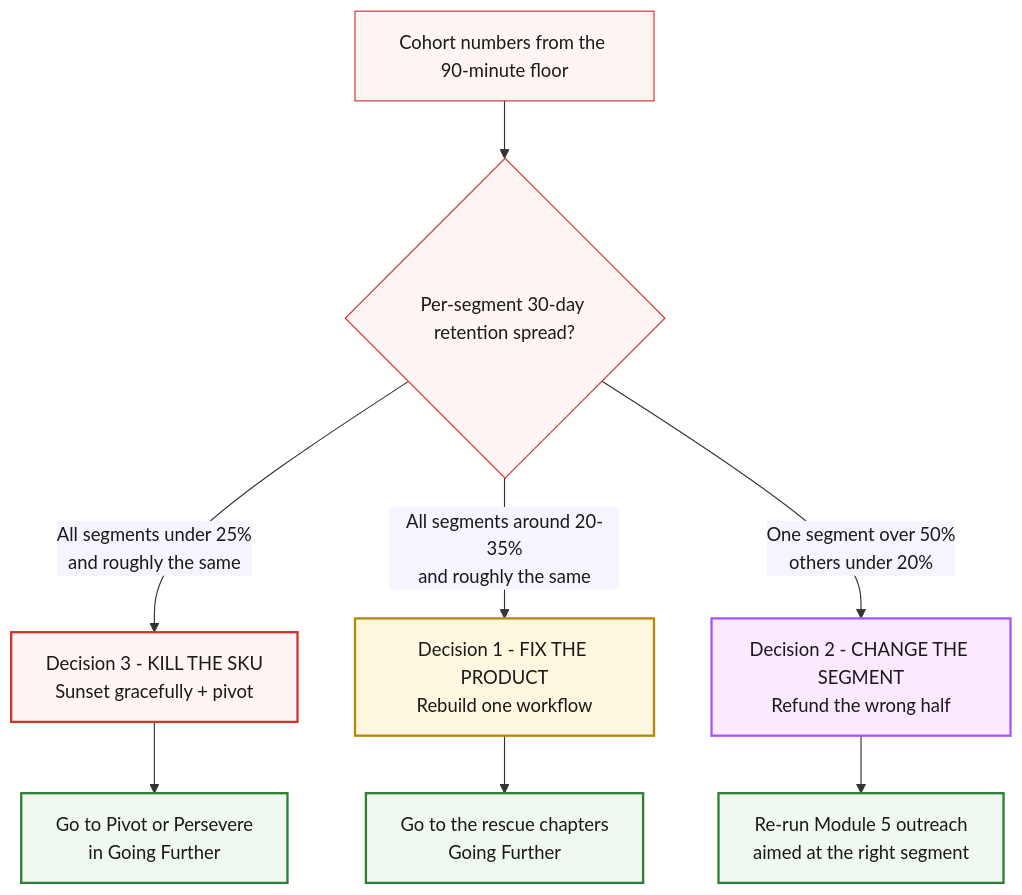
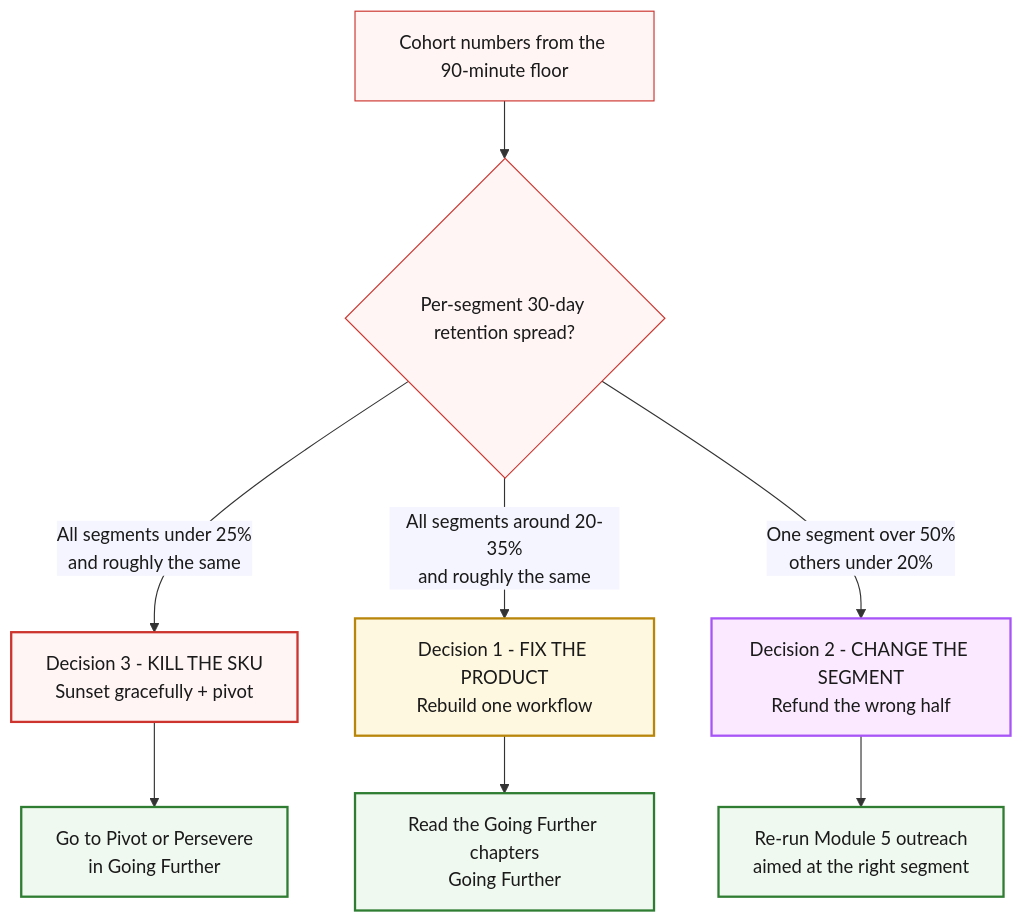
Before and after one commit to jetthoughts/jetthoughts.github.io: the diagram in content/course/tech-for-non-technical-founders-2026/customers-leaving-churn-triage-not-acquisition/index.md, drawn with Mermaid. The commit also changed other lines of this file and 8 other files, not shown here.

````diff
--- a/content/course/tech-for-non-technical-founders-2026/customers-leaving-churn-triage-not-acquisition/index.md
+++ b/content/course/tech-for-non-technical-founders-2026/customers-leaving-churn-triage-not-acquisition/index.md
@@ -112,20 +114,20 @@
 ```mermaid
 %%{init: {'theme':'base', 'themeVariables': {'fontFamily':'Caveat, Patrick Hand, cursive', 'primaryColor':'#fff5f5', 'primaryBorderColor':'#cc342d', 'lineColor':'#333', 'primaryTextColor':'#1a1a1a'}}}%%
 flowchart TD
     A[Cohort numbers from the 90-minute floor] --> B{Per-segment 30-day retention spread?}
     B -->|All segments under 25%<br/>and roughly the same| C[Decision 3 - KILL THE SKU<br/>Sunset gracefully + pivot]
     B -->|All segments around 20-35%<br/>and roughly the same| D[Decision 1 - FIX THE PRODUCT<br/>Rebuild one workflow]
     B -->|One segment over 50%<br/>others under 20%| E[Decision 2 - CHANGE THE SEGMENT<br/>Refund the wrong half]
     C --> CK[Go to Pivot or Persevere<br/>in Going Further]
-    D --> DK[Go to the rescue chapters<br/>Going Further]
+    D --> DK[Read the Going Further chapters<br/>Going Further]
     E --> EK[Re-run Module 5 outreach<br/>aimed at the right segment]
 
     classDef redbox fill:#fff5f5,stroke:#cc342d,stroke-width:2px;
     classDef yellowbox fill:#fff8e0,stroke:#b8860b,stroke-width:2px;
     classDef purplebox fill:#fbe9ff,stroke:#a855f7,stroke-width:2px;
     classDef greenbox fill:#f0f9f0,stroke:#2e7d32,stroke-width:2px;
     class C redbox
     class D yellowbox
     class E purplebox
     class CK,DK,EK greenbox
 ```
````
